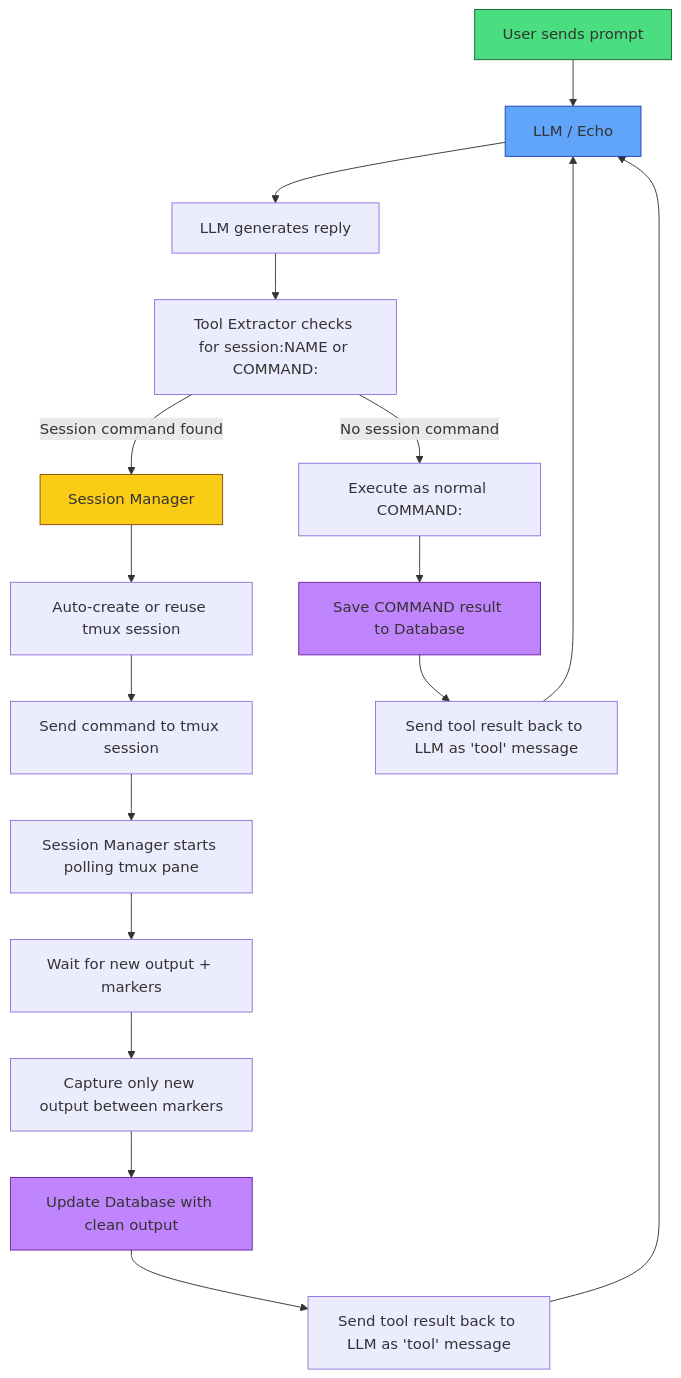
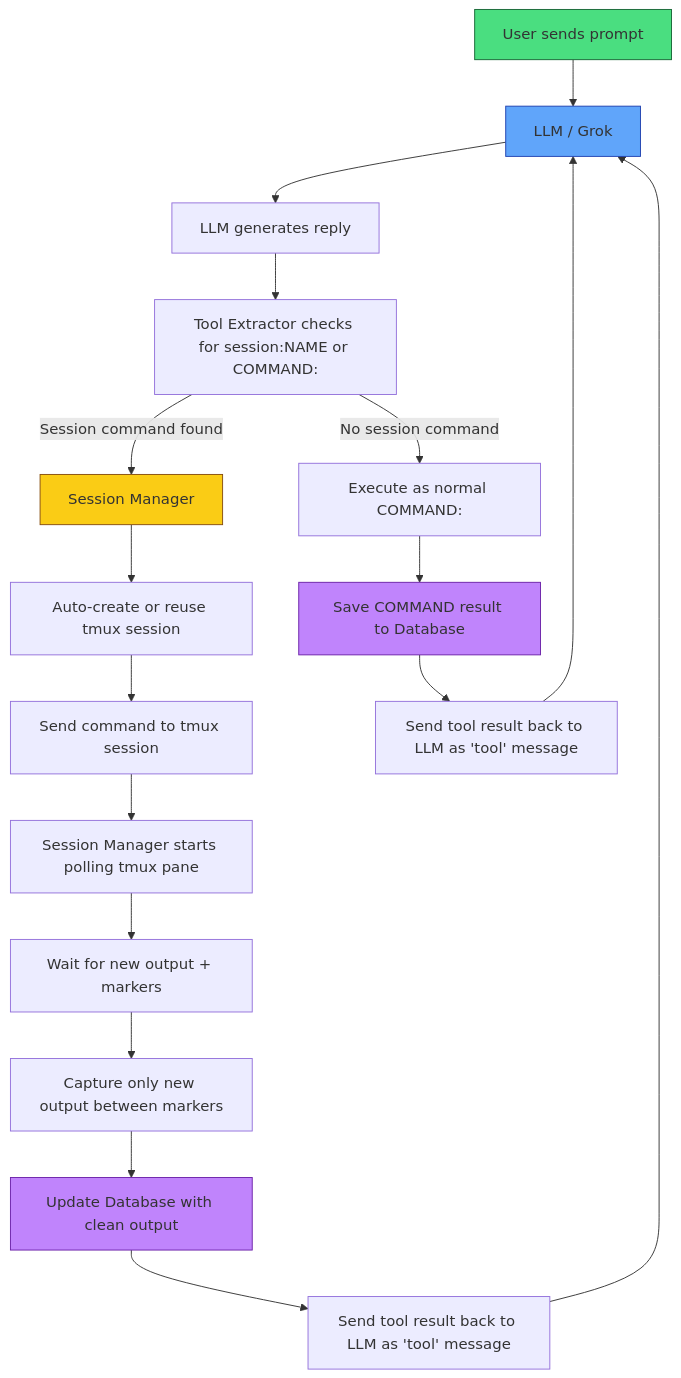
The diagram in README.md (charlesericwilson-portfolio/Echo_Adapt_v5), drawn with Mermaid before and after one commit.

Commit message:
Update LLM label from 'Echo' to 'Grok'

````diff
--- a/README.md
+++ b/README.md
@@ -1,28 +1,28 @@
 ```mermaid
 flowchart TD
-    A[User sends prompt] --> B[LLM / Echo]
+    A[User sends prompt] --> B[LLM / Grok]
     B --> C[LLM generates reply]
     C --> D[Tool Extractor checks for session:NAME or COMMAND:]
    
     D -->|Session command found| E[Session Manager]
     E --> F[Auto-create or reuse tmux session]
     F --> G[Send command to tmux session]
     G --> H[Session Manager starts polling tmux pane]
     H --> I[Wait for new output + markers]
     I --> J[Capture only new output between markers]
     J --> K[Update Database with clean output]
     K --> L[Send tool result back to LLM as 'tool' message]
    
     D -->|No session command| M[Execute as normal COMMAND:]
     M --> O[Save COMMAND result to Database]
     O --> N[Send tool result back to LLM as 'tool' message]
    
     L --> B
     N --> B
    
     style A fill:#4ade80,stroke:#166534
     style B fill:#60a5fa,stroke:#1e40af
     style E fill:#facc15,stroke:#854d0e
     style K fill:#c084fc,stroke:#6b21a8
     style O fill:#c084fc,stroke:#6b21a8
 ```
````
